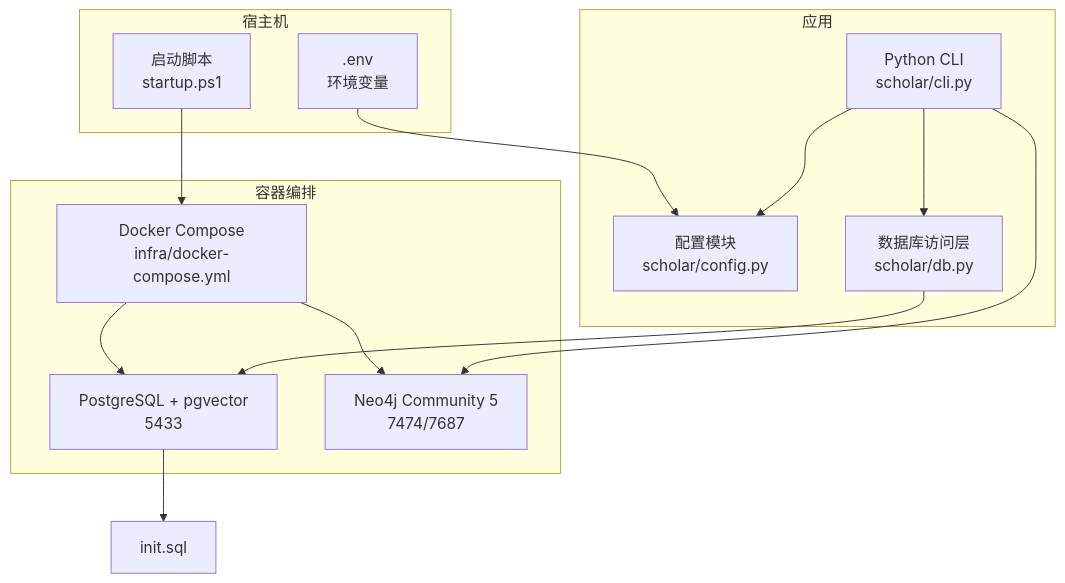
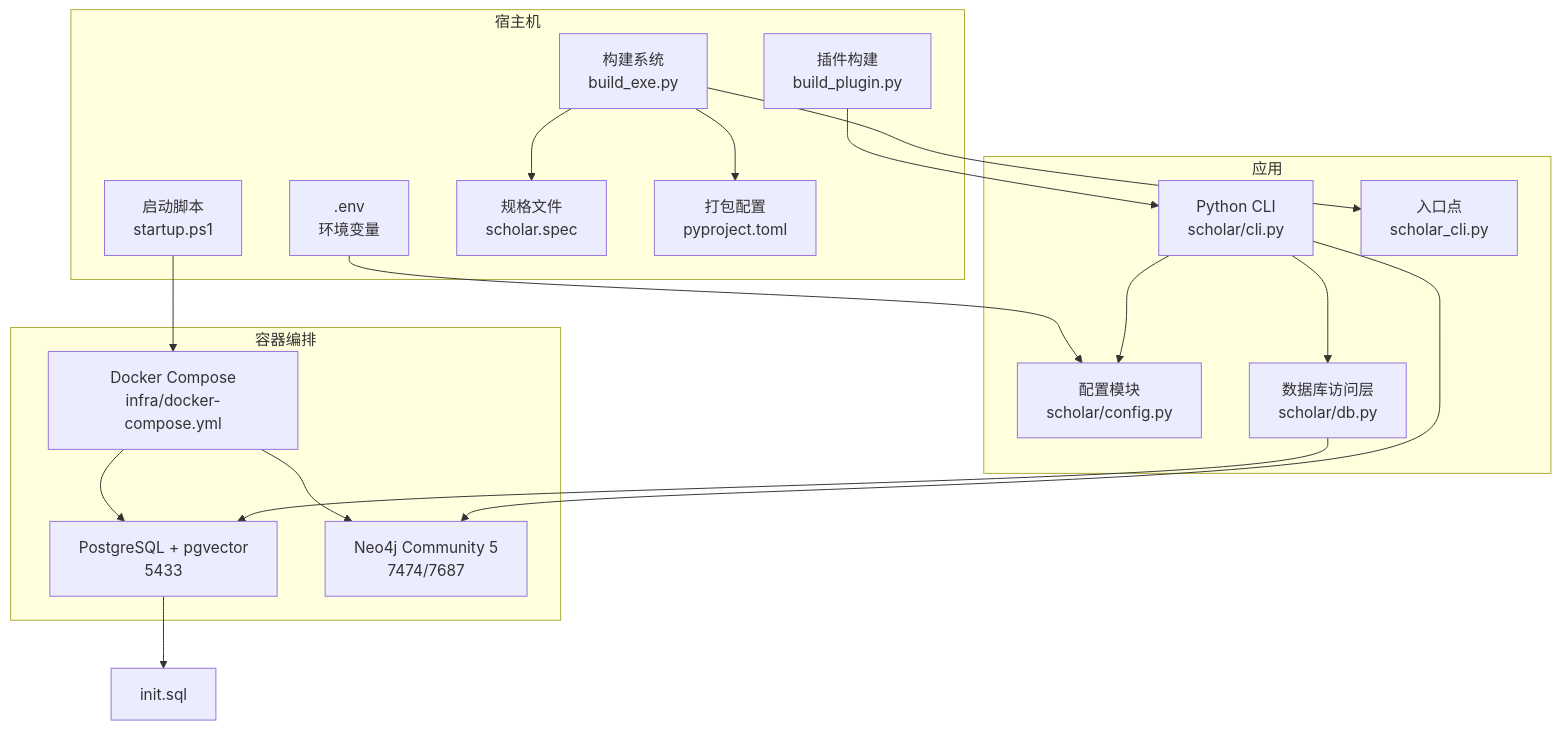
One commit to 1173591564/academic-based-qoder changed the second of 9 diagrams in .qoder/repowiki/zh/content/部署与运维/部署与运维.md. Above: the diagram before and after it, drawn with Mermaid. The commit also changed other lines of this file and 68 other files, not shown here.

````diff
--- a/.qoder/repowiki/zh/content/部署与运维/部署与运维.md
+++ b/.qoder/repowiki/zh/content/部署与运维/部署与运维.md
@@ -112,26 +159,35 @@
 ```mermaid
 graph TB
 subgraph "宿主机"
 START["启动脚本<br/>startup.ps1"]
 ENV[".env<br/>环境变量"]
+BUILD["构建系统<br/>build_exe.py"]
+SPEC["规格文件<br/>scholar.spec"]
+SETUP["打包配置<br/>pyproject.toml"]
+PLUGIN["插件构建<br/>build_plugin.py"]
 end
 subgraph "容器编排"
 DC["Docker Compose<br/>infra/docker-compose.yml"]
 PG["PostgreSQL + pgvector<br/>5433"]
 N4J["Neo4j Community 5<br/>7474/7687"]
 end
 subgraph "应用"
 PY["Python CLI<br/>scholar/cli.py"]
 CFG["配置模块<br/>scholar/config.py"]
 DB["数据库访问层<br/>scholar/db.py"]
+ENDPOINT["入口点<br/>scholar_cli.py"]
 end
 START --> DC
+BUILD --> SPEC
+BUILD --> SETUP
+BUILD --> ENDPOINT
+PLUGIN --> PY
 ENV --> CFG
 DC --> PG
 DC --> N4J
 PY --> CFG
 PY --> DB
 DB --> PG
 PY --> N4J
 PG --> INIT["init.sql"]
 ```
````
